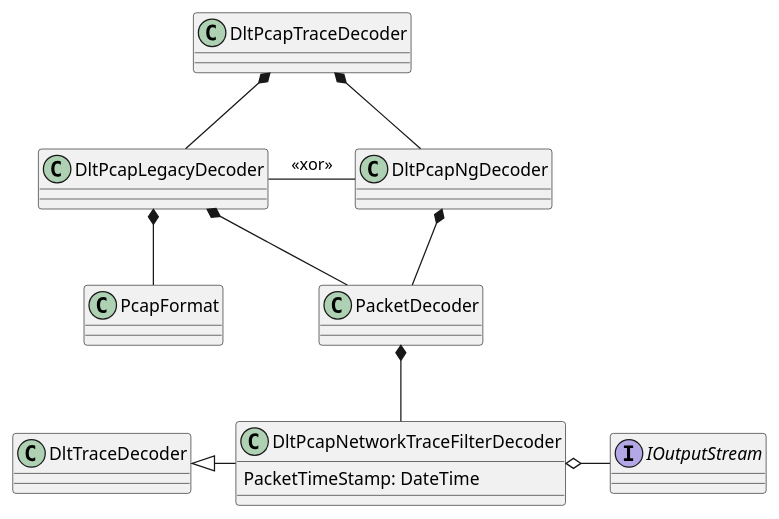
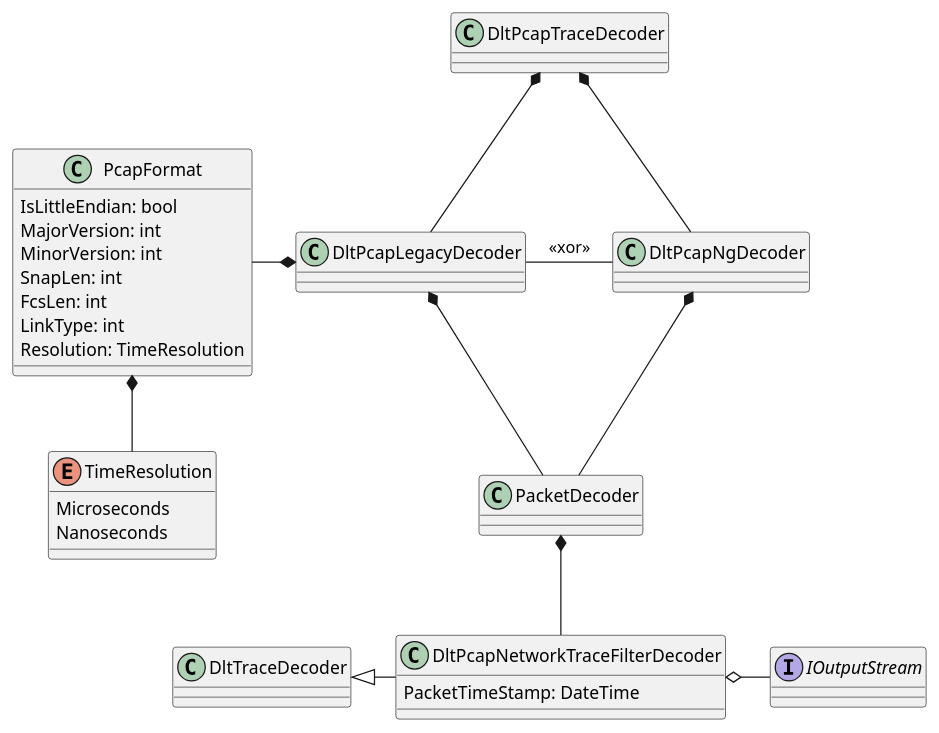
The diagram in apps/DltDump/docs/diagrams/dltpcaptracedecoder.plantuml (jcurl/RJCP.DLL.Log), drawn with PlantUML before and after one commit. The commit also changed 4 other files, not shown here.

First line of the commit message:
DltDump: Update design to include PCAP-NG

```diff
--- a/apps/DltDump/docs/diagrams/dltpcaptracedecoder.plantuml
+++ b/apps/DltDump/docs/diagrams/dltpcaptracedecoder.plantuml
@@ -1,29 +1,45 @@
 @startuml DltPcapTraceDecoder
 
 class DltPcapTraceDecoder
 class DltPcapLegacyDecoder
 class DltPcapNgDecoder
 'class DltLineBuilder
 'interface ITraceDecoder<DltTraceLineBase>
 
 DltPcapTraceDecoder *-d- DltPcapLegacyDecoder
 DltPcapTraceDecoder *-d- DltPcapNgDecoder
 DltPcapLegacyDecoder -r- DltPcapNgDecoder : <<xor>>
 
-class PcapFormat
-DltPcapLegacyDecoder *-d- PcapFormat
+enum TimeResolution {
+    Microseconds
+    Nanoseconds
+}
+
+class PcapFormat {
+    IsLittleEndian: bool
+    MajorVersion: int
+    MinorVersion: int
+    SnapLen: int
+    FcsLen: int
+    LinkType: int
+    Resolution: TimeResolution
+}
+PcapFormat *-d- TimeResolution
+
+DltPcapLegacyDecoder *-l- PcapFormat
 DltPcapLegacyDecoder *-d- PacketDecoder
 
 DltPcapNgDecoder *-d- PacketDecoder
 
 class DltPcapNetworkTraceFilterDecoder {
     PacketTimeStamp: DateTime
 }
 PacketDecoder *-d- DltPcapNetworkTraceFilterDecoder
 
 class DltTraceDecoder
 DltPcapNetworkTraceFilterDecoder -l-|> DltTraceDecoder
 
 interface IOutputStream
 DltPcapNetworkTraceFilterDecoder o-r- IOutputStream
+
 @enduml
```
